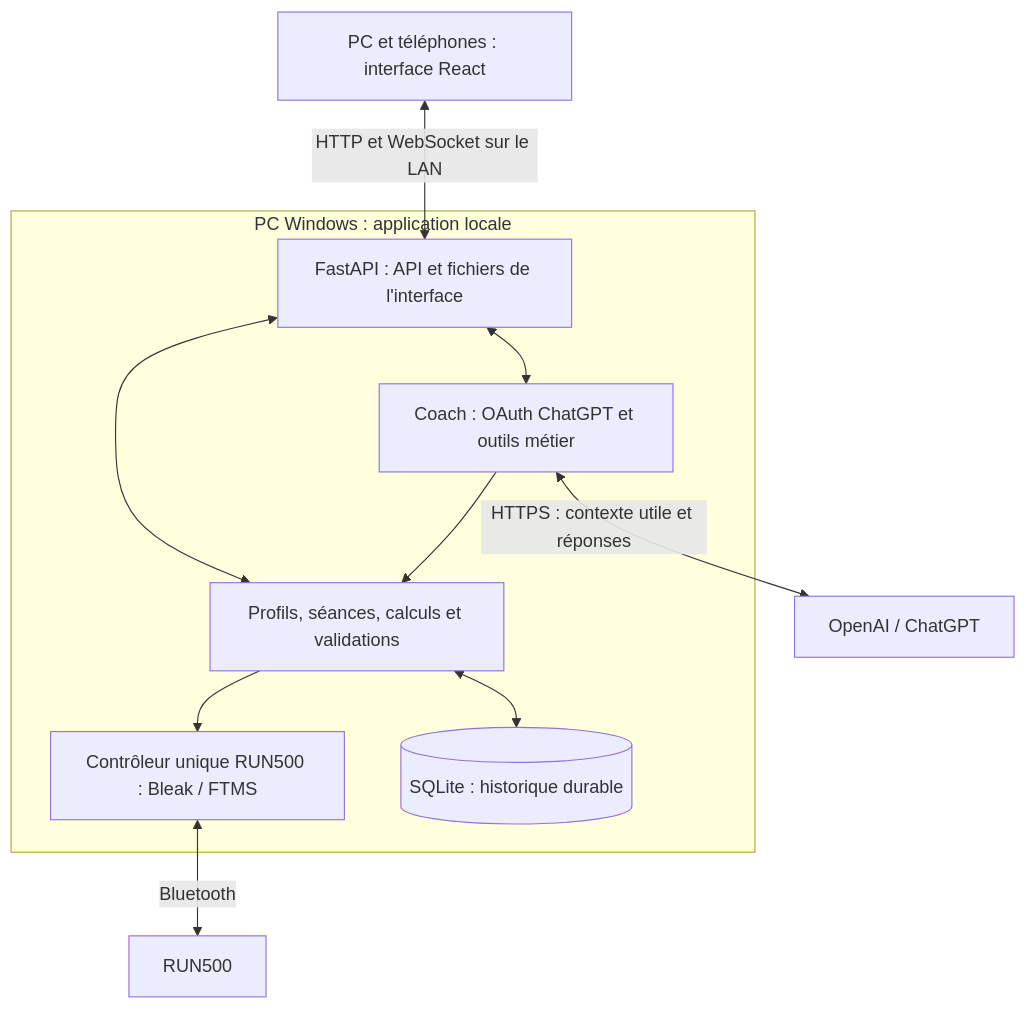
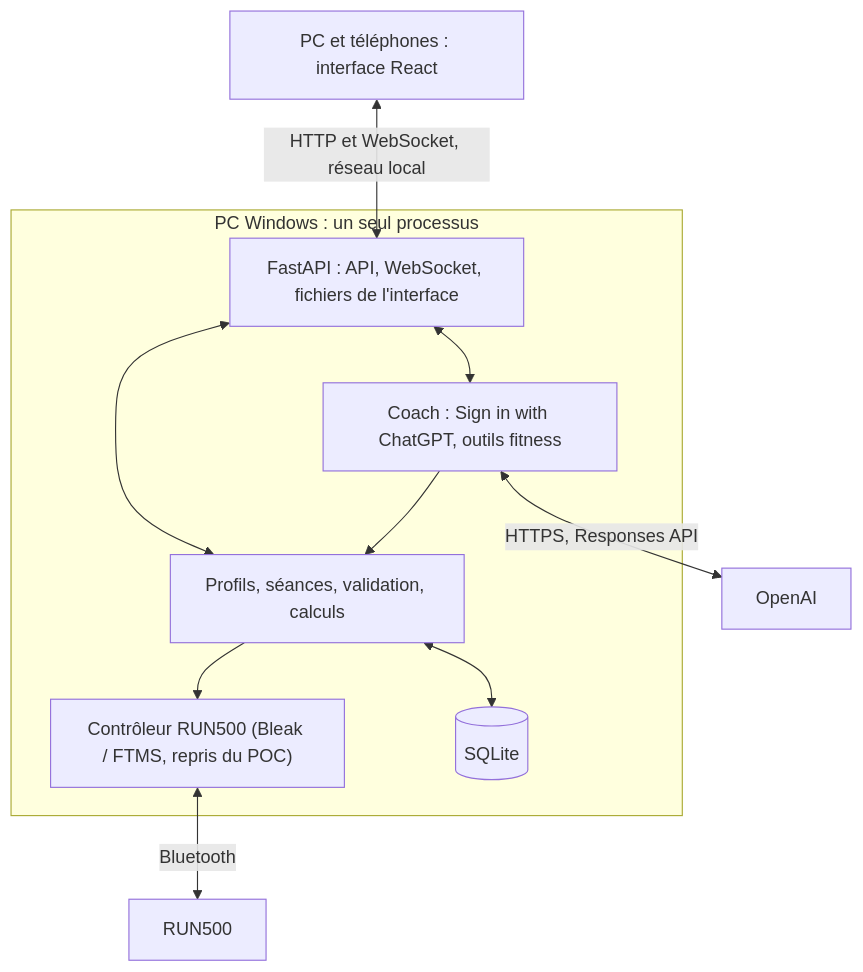
One commit to Nono8Six/FitnessApp changed the diagram in PLAN_V1_FITNESS_APP.md. Above: the diagram before and after it, drawn with Mermaid. The commit also changed other lines of this file and 26 other files, not shown here.

First line of the commit message:
Plan V1 réécrit en briques réelles, ChatGPT en priorité

````diff
--- a/PLAN_V1_FITNESS_APP.md
+++ b/PLAN_V1_FITNESS_APP.md
@@ -110,19 +62,19 @@
 ```mermaid
 flowchart TB
     UI["PC et téléphones : interface React"]
-    subgraph PC["PC Windows : application locale"]
-        API["FastAPI : API et fichiers de l'interface"]
-        SPORT["Profils, séances, calculs et validations"]
-        CTRL["Contrôleur unique RUN500 : Bleak / FTMS"]
-        DB[("SQLite : historique durable")]
-        COACH["Coach : OAuth ChatGPT et outils métier"]
+    subgraph PC["PC Windows : un seul processus"]
+        API["FastAPI : API, WebSocket, fichiers de l'interface"]
+        SPORT["Profils, séances, validation, calculs"]
+        CTRL["Contrôleur RUN500 (Bleak / FTMS, repris du POC)"]
+        DB[("SQLite")]
+        COACH["Coach : Sign in with ChatGPT, outils fitness"]
         API <--> SPORT
         SPORT <--> DB
         SPORT --> CTRL
         API <--> COACH
         COACH --> SPORT
     end
-    UI <-->|"HTTP et WebSocket sur le LAN"| API
+    UI <-->|"HTTP et WebSocket, réseau local"| API
     CTRL <-->|Bluetooth| RUN["RUN500"]
-    COACH <-->|"HTTPS : contexte utile et réponses"| GPT["OpenAI / ChatGPT"]
+    COACH <-->|"HTTPS, Responses API"| GPT["OpenAI"]
 ```
````
